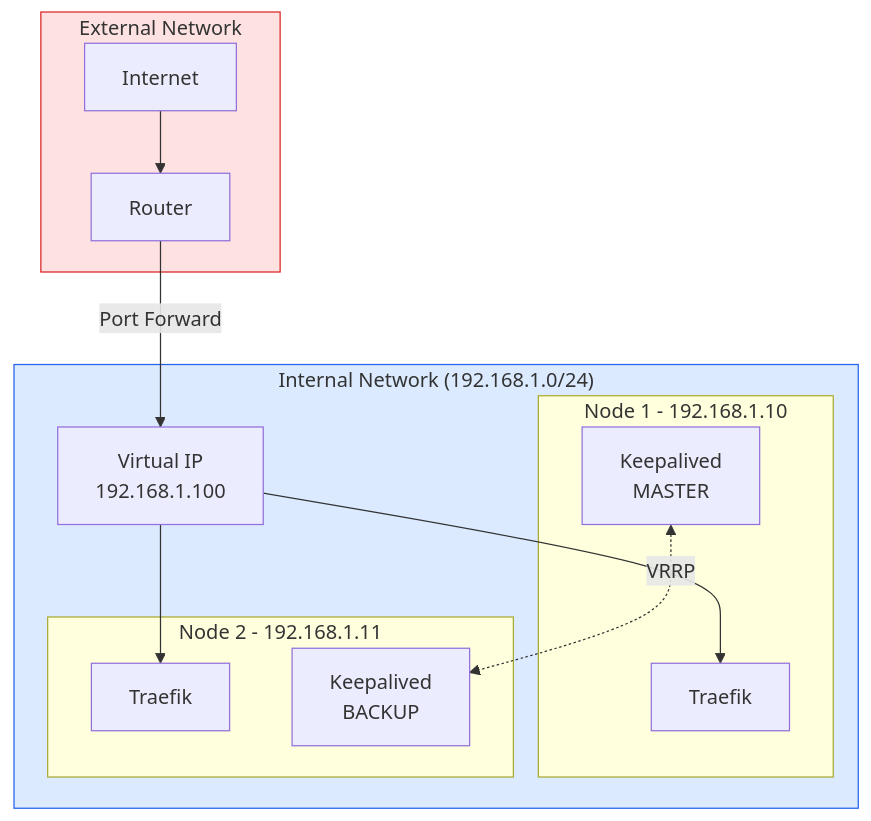
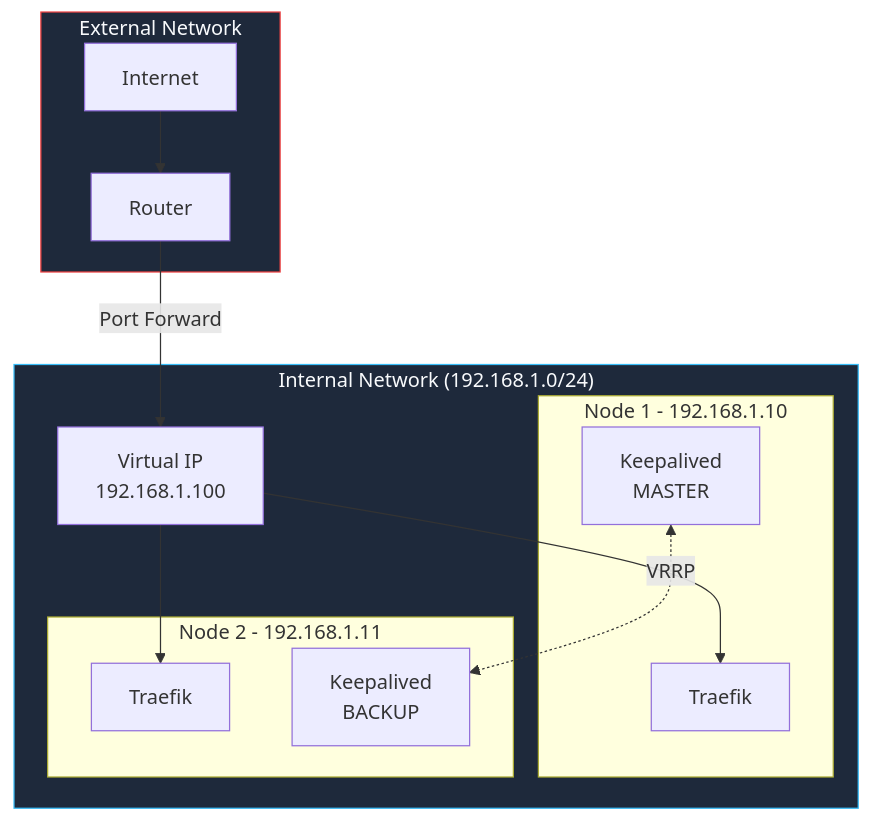
Before and after one commit to KombiverseLabs/docs: the fourth of 4 diagrams in stackkits/kits/ha-homelab.mdx, drawn with Mermaid. The commit also changed other lines of this file and 33 other files, not shown here.

````diff
--- a/stackkits/kits/ha-homelab.mdx
+++ b/stackkits/kits/ha-homelab.mdx
@@ -274,30 +274,30 @@
 ```mermaid
 graph TB
     subgraph External["External Network"]
         Internet["Internet"]
         Router["Router"]
     end
     
     subgraph Internal["Internal Network (192.168.1.0/24)"]
         VIP["Virtual IP<br/>192.168.1.100"]
         
         subgraph N1["Node 1 - 192.168.1.10"]
             T1["Traefik"]
             K1["Keepalived<br/>MASTER"]
         end
         
         subgraph N2["Node 2 - 192.168.1.11"]
             T2["Traefik"]
             K2["Keepalived<br/>BACKUP"]
         end
     end
     
     Internet --> Router
     Router -->|Port Forward| VIP
     VIP --> T1
     VIP --> T2
     K1 <-.->|VRRP| K2
     
-    style External fill:#fee2e2,stroke:#dc2626
-    style Internal fill:#dbeafe,stroke:#2563eb
+    style External fill:#1e293b,stroke:#ef4444,color:#f8fafc
+    style Internal fill:#1e293b,stroke:#38bdf8,color:#f8fafc
 ```
````
